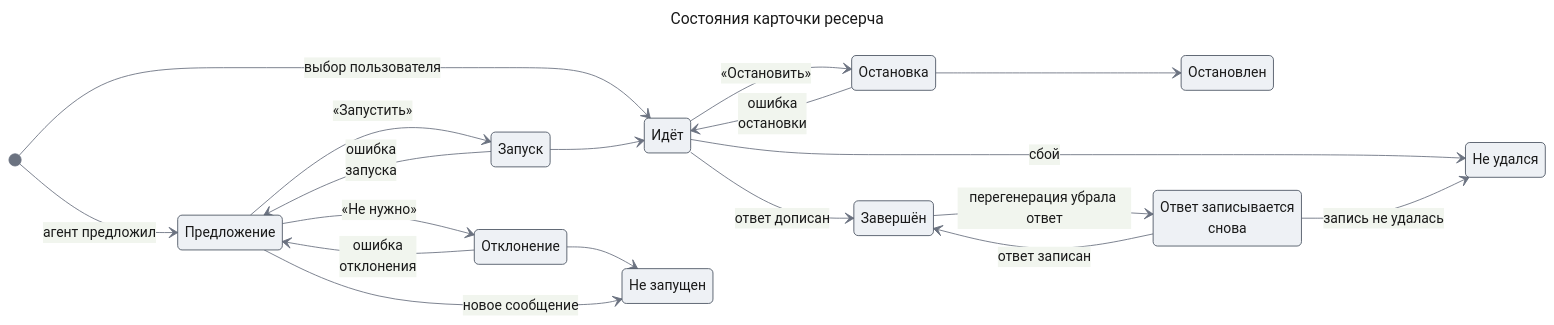
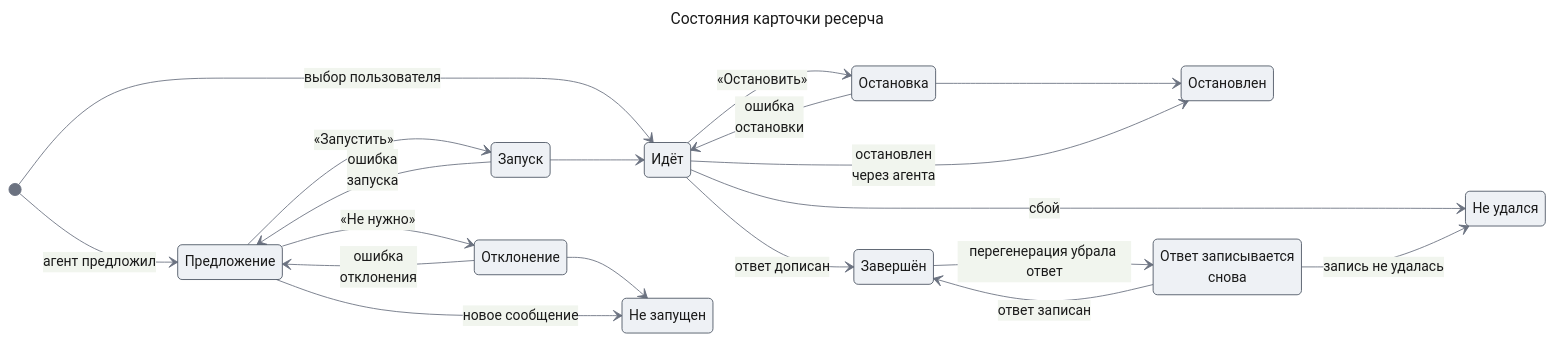
One commit to tundraray/agent-os changed the first of 2 diagrams in docs/design-system/components/research-card.md. Above: the diagram before and after it, drawn with Mermaid. The commit also changed other lines of this file and 4 other files, not shown here.

````diff
--- a/docs/design-system/components/research-card.md
+++ b/docs/design-system/components/research-card.md
@@ -71,42 +71,43 @@
 ```mermaid
 ---
 title: "Состояния карточки ресерча"
 config:
   theme: base
   look: classic
   themeVariables:
     primaryColor: "#eef1f5"
     primaryBorderColor: "#4b5563"
     primaryTextColor: "#1a1a1a"
     lineColor: "#6b7280"
 ---
 stateDiagram-v2
     direction LR
     state "Предложение" as Proposal
     state "Запуск" as Launching
     state "Отклонение" as Declining
     state "Идёт" as Running
     state "Остановка" as Stopping
     state "Остановлен" as Stopped
     state "Завершён" as Finished
     state "Ответ записывается<br/>снова" as Rewriting
     state "Не удался" as Failed
     state "Не запущен" as NotLaunched
     [*] --> Proposal: агент предложил
     [*] --> Running: выбор пользователя
     Proposal --> Launching: «Запустить»
     Launching --> Running
     Proposal --> Declining: «Не нужно»
     Declining --> NotLaunched
     Proposal --> NotLaunched: новое сообщение
     Launching --> Proposal: ошибка<br/>запуска
     Declining --> Proposal: ошибка<br/>отклонения
     Running --> Finished: ответ дописан
     Running --> Failed: сбой
     Stopping --> Running: ошибка<br/>остановки
     Running --> Stopping: «Остановить»
     Stopping --> Stopped
+    Running --> Stopped: остановлен<br/>через агента
     Finished --> Rewriting: перегенерация убрала ответ
     Rewriting --> Finished: ответ записан
     Rewriting --> Failed: запись не удалась
 ```
````
